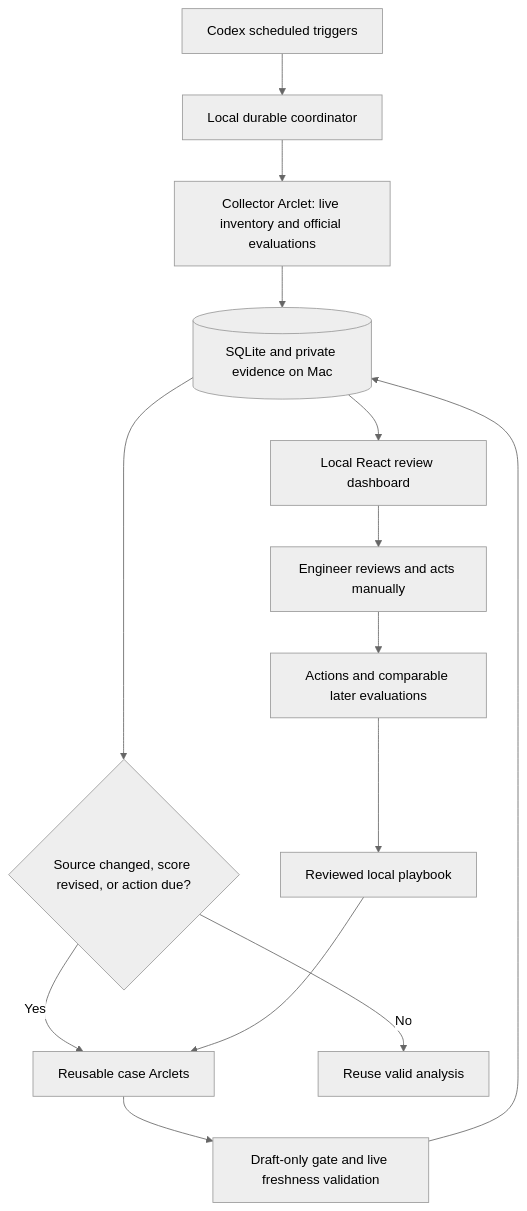
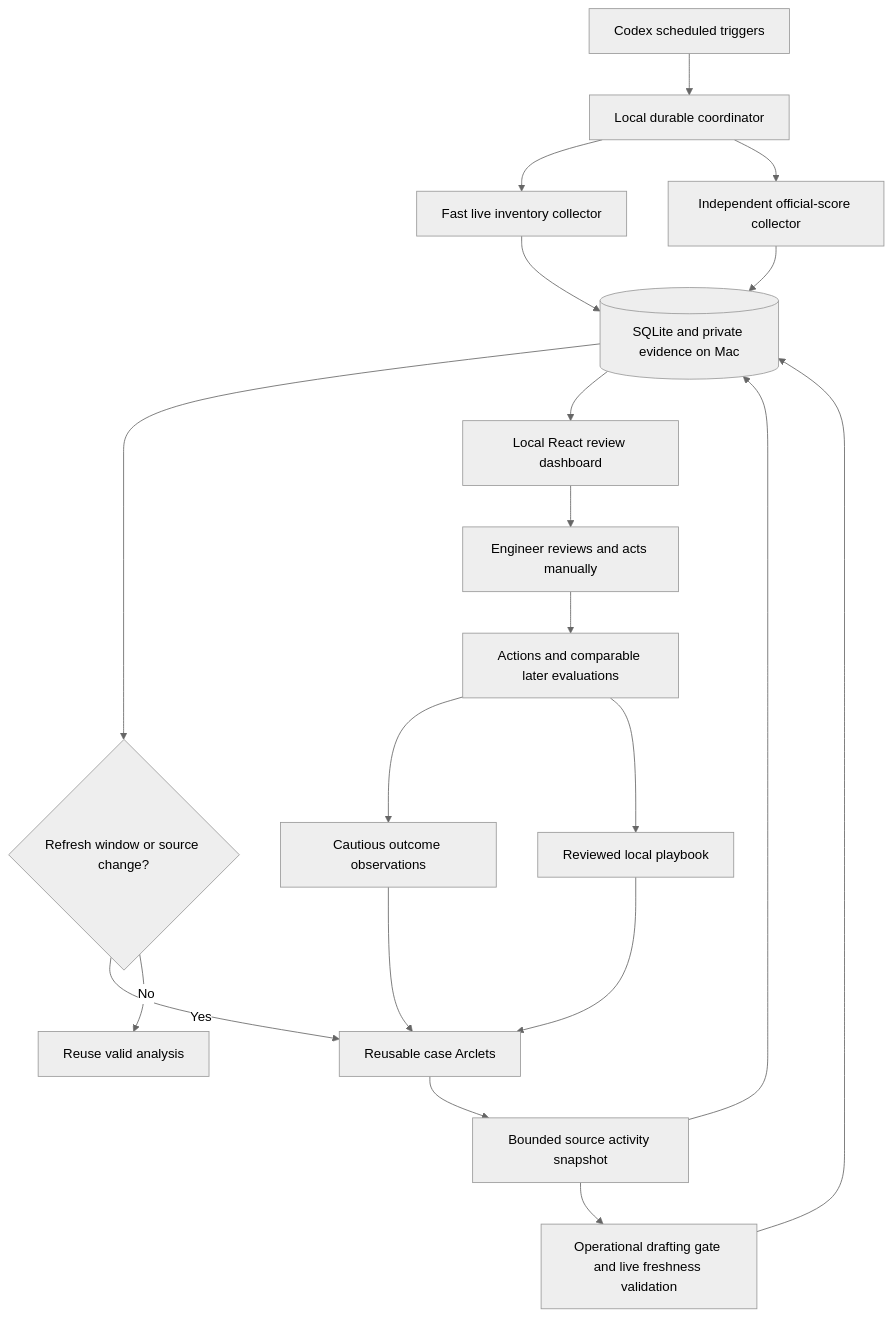
Before and after one commit to AMRUTH-ASHOK/Workbench: the diagram in docs/architecture.md, drawn with Mermaid (neutral theme). The commit also changed other lines of this file and 18 other files, not shown here.

Commit message:
Make operational briefs and complete message options independent of investigations

````diff
--- a/docs/architecture.md
+++ b/docs/architecture.md
@@ -3,16 +3,22 @@
 ```mermaid
 flowchart TD
     A[Codex scheduled triggers] --> B[Local durable coordinator]
-    B --> C[Collector Arclet: live inventory and official evaluations]
+    B --> C[Fast live inventory collector]
+    B --> S[Independent official-score collector]
+    S --> D
     C --> D[(SQLite and private evidence on Mac)]
-    D --> E{Source changed, score revised, or action due?}
+    D --> E{Refresh window or source change?}
     E -->|Yes| F[Reusable case Arclets]
     E -->|No| G[Reuse valid analysis]
-    F --> H[Draft-only gate and live freshness validation]
+    F --> A1[Bounded source activity snapshot]
+    A1 --> D
+    A1 --> H[Operational drafting gate and live freshness validation]
     H --> D
     D --> I[Local React review dashboard]
     I --> J[Engineer reviews and acts manually]
     J --> K[Actions and comparable later evaluations]
+    K --> O[Cautious outcome observations]
+    O --> F
     K --> L[Reviewed local playbook]
     L --> F
 ```
````
